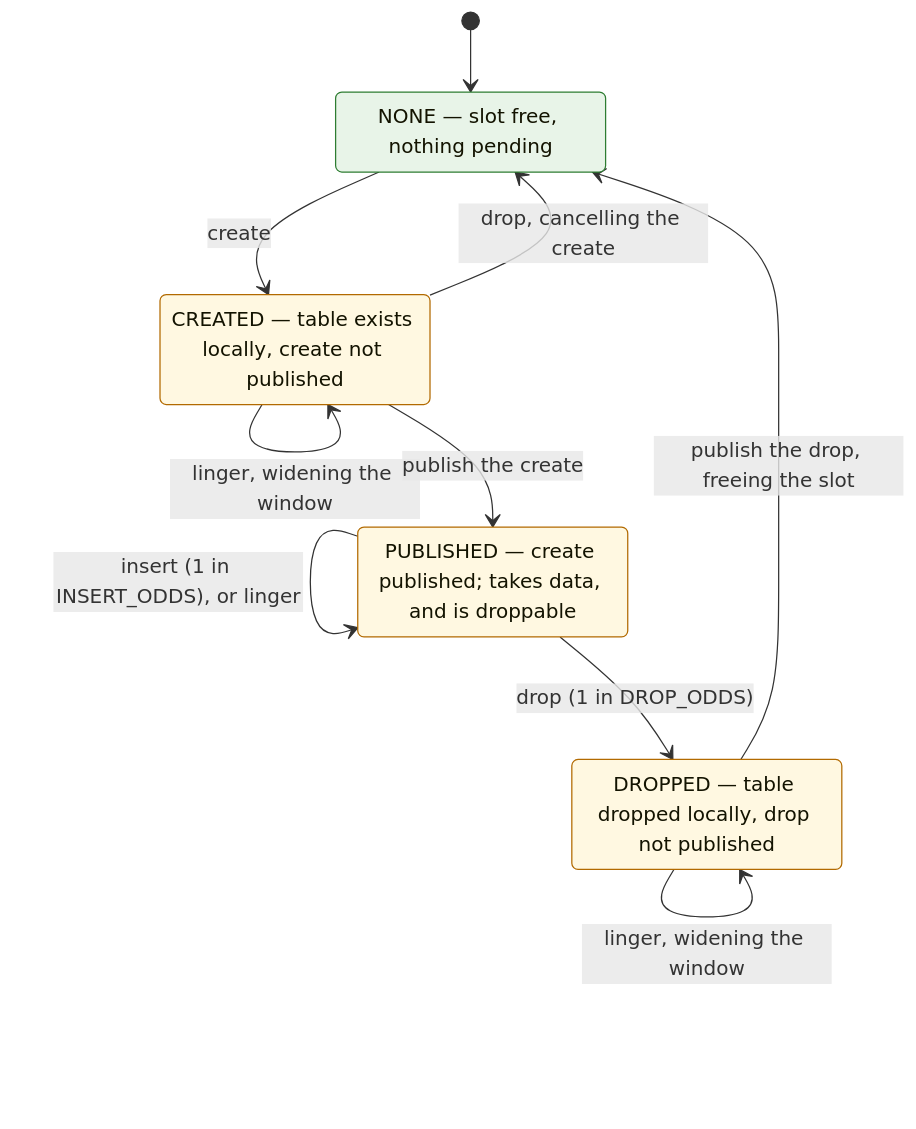
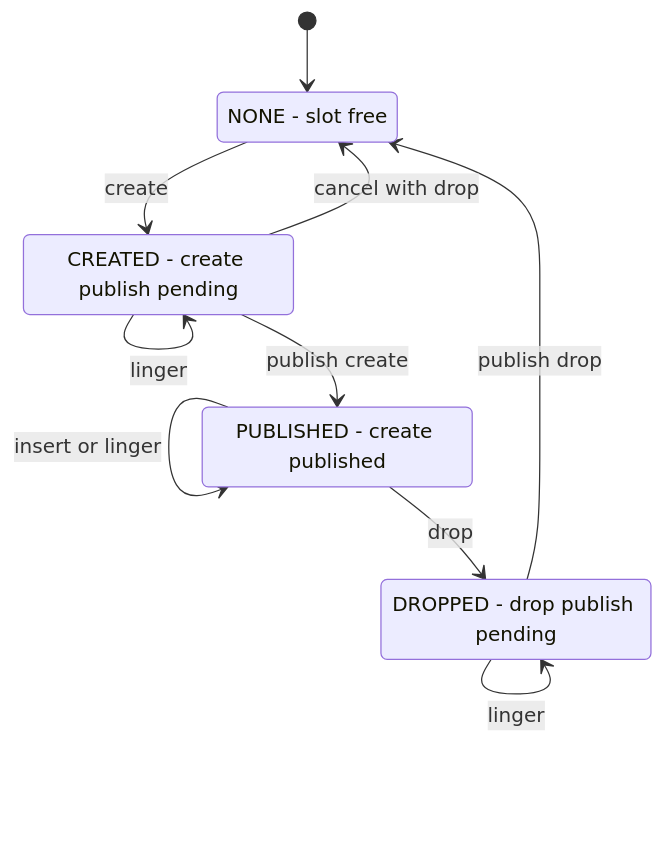
The diagram in test/csuite/schema_disagg_abort/README.md (wiredtiger/wiredtiger), drawn with Mermaid before and after one commit. The commit also changed other lines of this file and 3 other files, not shown here.

````diff
--- a/test/csuite/schema_disagg_abort/README.md
+++ b/test/csuite/schema_disagg_abort/README.md
@@ -100,24 +43,19 @@
 ```mermaid
 stateDiagram-v2
     direction TB
 
-    state "NONE — slot free, nothing pending" as NONE
-    state "CREATED — table exists locally, create not published" as CREATED
-    state "PUBLISHED — create published; takes data, and is droppable" as PUBLISHED
-    state "DROPPED — table dropped locally, drop not published" as DROPPED
+    state "NONE - slot free" as NONE
+    state "CREATED - create publish pending" as CREATED
+    state "PUBLISHED - create published" as PUBLISHED
+    state "DROPPED - drop publish pending" as DROPPED
 
     [*] --> NONE
     NONE --> CREATED : create
-    CREATED --> CREATED : linger, widening the window
-    CREATED --> PUBLISHED : publish the create
-    CREATED --> NONE : drop, cancelling the create
-    PUBLISHED --> PUBLISHED : insert (1 in INSERT_ODDS), or linger
-    PUBLISHED --> DROPPED : drop (1 in DROP_ODDS)
-    DROPPED --> DROPPED : linger, widening the window
-    DROPPED --> NONE : publish the drop, freeing the slot
-
-    classDef settled fill:#e8f4e8,stroke:#2e7d32
-    classDef pending fill:#fff8e1,stroke:#b26a00
-    class NONE settled
-    class CREATED,PUBLISHED,DROPPED pending
+    CREATED --> CREATED : linger
+    CREATED --> PUBLISHED : publish create
+    CREATED --> NONE : cancel with drop
+    PUBLISHED --> PUBLISHED : insert or linger
+    PUBLISHED --> DROPPED : drop
+    DROPPED --> DROPPED : linger
+    DROPPED --> NONE : publish drop
 ```
````
